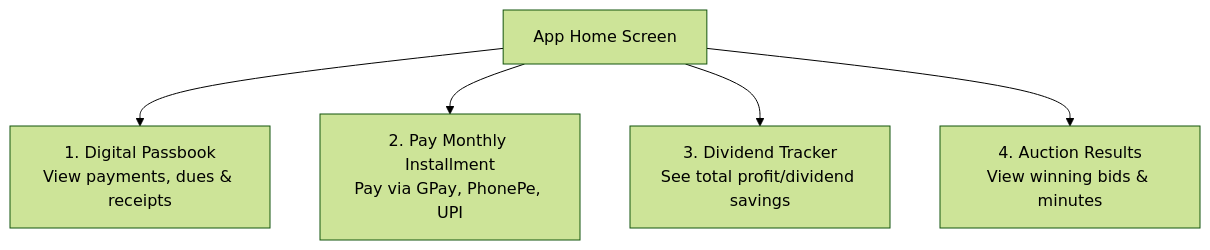
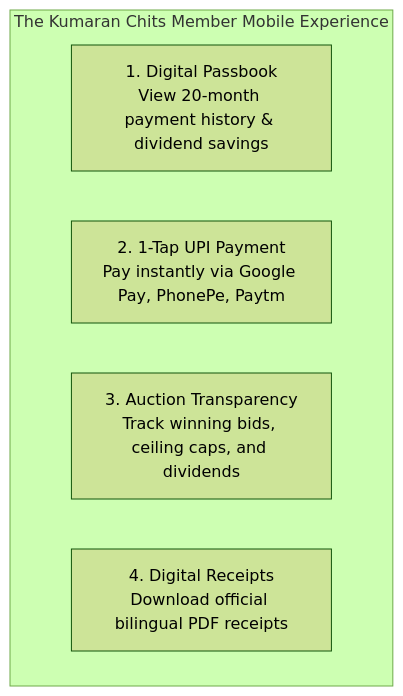
One commit to Kathir-24/Kumaran-finance changed the first of 9 diagrams in docs/07-operations/user-manuals/customer-app-guide.md. Above: the diagram before and after it, drawn with Mermaid (forest theme). The commit also changed other lines of this file and 8 other files, not shown here.

First line of the commit message:
﻿docs(manuals): author dedicated 6-persona operational manual suite with action flow diagrams

````diff
--- a/docs/07-operations/user-manuals/customer-app-guide.md
+++ b/docs/07-operations/user-manuals/customer-app-guide.md
@@ -25,7 +20,9 @@
 ```mermaid
 flowchart TD
-    Home["App Home Screen"] --> Passbook["1. Digital Passbook\nView payments, dues & receipts"]
-    Home --> Dues["2. Pay Monthly Installment\nPay via GPay, PhonePe, UPI"]
-    Home --> Dividend["3. Dividend Tracker\nSee total profit/dividend savings"]
-    Home --> Auction["4. Auction Results\nView winning bids & minutes"]
+    subgraph CUSTOMER_APP ["The Kumaran Chits Member Mobile Experience"]
+        Passbook["1. Digital Passbook\nView 20-month payment history & dividend savings"]
+        Pay["2. 1-Tap UPI Payment\nPay instantly via Google Pay, PhonePe, Paytm"]
+        Auction["3. Auction Transparency\nTrack winning bids, ceiling caps, and dividends"]
+        Receipt["4. Digital Receipts\nDownload official bilingual PDF receipts"]
+    end
 ```
````
